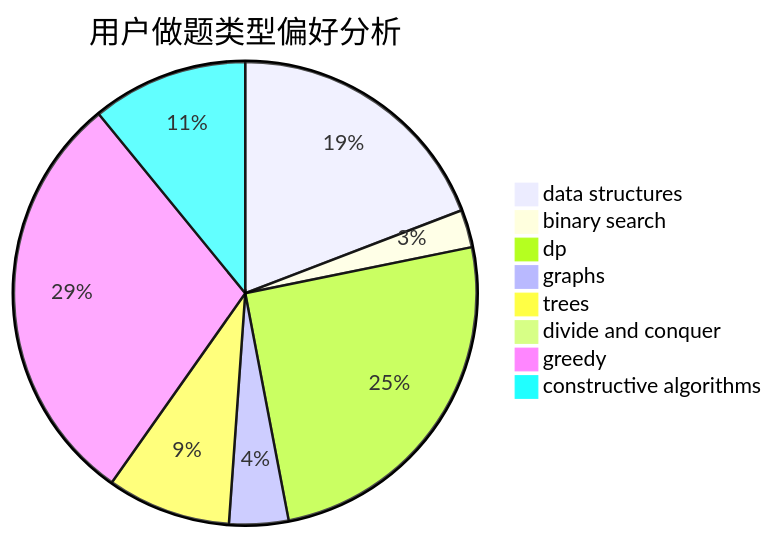
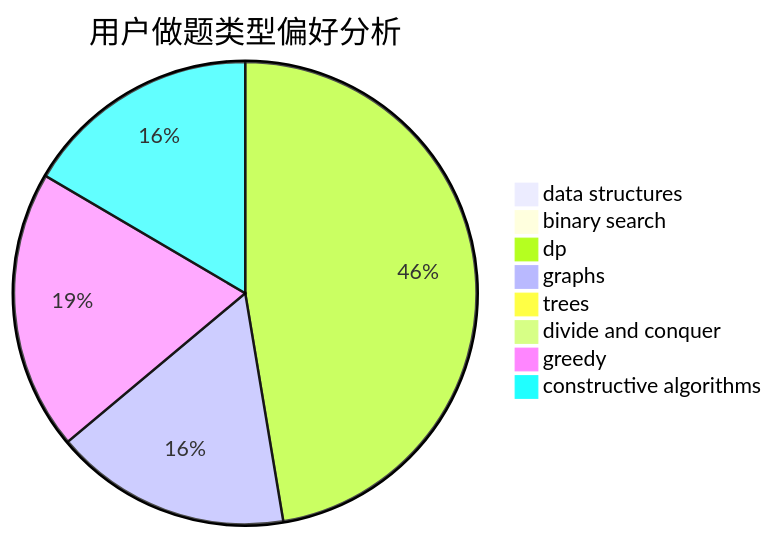
One commit to sherpahu/cfrs.github.io changed the second of 3 diagrams in docs/user/u2720.md. Above: the diagram before and after it, drawn with Mermaid. The commit also changed other lines of this file and 2770 other files, not shown here.

````diff
--- a/docs/user/u2720.md
+++ b/docs/user/u2720.md
@@ -23,11 +23,11 @@
 ```mermaid
 pie title 用户做题类型偏好分析
-    "data structures" :  51
-    "binary search" :  7
-    "dp" :  67
-    "graphs" :  11
-    "trees" :  23
-    "divide and conquer" :  0
-    "greedy" :  78
-    "constructive algorithms" :  29
+    "data structures" :  0
+    "binary search" :  1
+    "dp" :  63
+    "graphs" :  22
+    "trees" :  1
+    "divide and conquer" :  1
+    "greedy" :  26
+    "constructive algorithms" :  22
 ```
````
